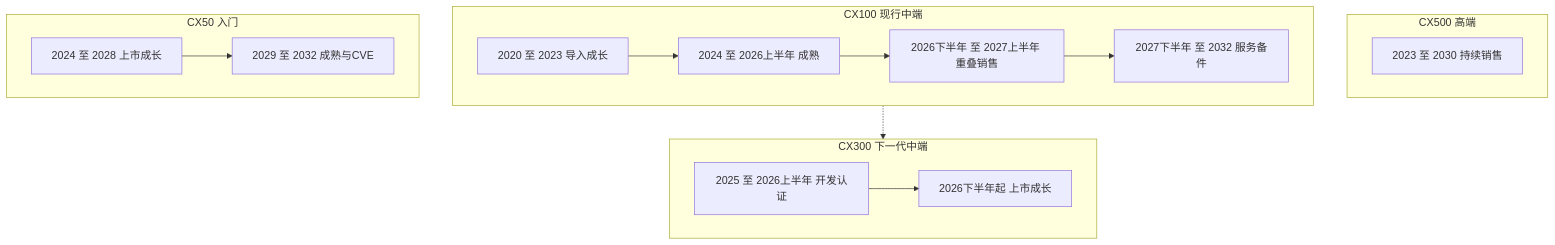
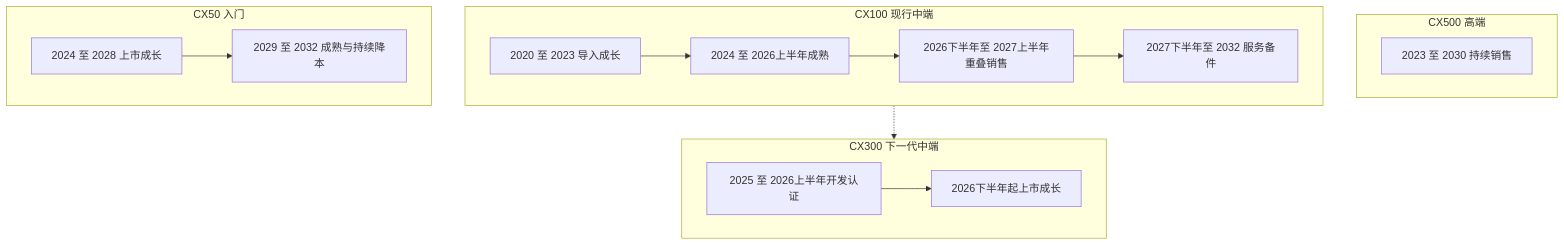
Diagram 14 of 29 in 产品管理/战略和产品管理.md (analyst2004lx/paper01), drawn with Mermaid before and after one commit. The commit also changed other lines of this file and 2 other files, not shown here.

````diff
--- a/产品管理/战略和产品管理.md
+++ b/产品管理/战略和产品管理.md
@@ -1474,22 +1479,22 @@
 ```mermaid
 flowchart TB
     subgraph S500["CX500 高端"]
         direction LR
         s500["2023 至 2030 持续销售"]
     end
     subgraph S300["CX300 下一代中端"]
         direction LR
-        s300a["2025 至 2026上半年 开发认证"] --> s300b["2026下半年起 上市成长"]
+        s300a["2025 至 2026上半年开发认证"] --> s300b["2026下半年起上市成长"]
     end
     subgraph S100["CX100 现行中端"]
         direction LR
-        s100a["2020 至 2023 导入成长"] --> s100b["2024 至 2026上半年 成熟"]
-        s100b --> s100c["2026下半年 至 2027上半年 重叠销售"]
-        s100c --> s100d["2027下半年 至 2032 服务备件"]
+        s100a["2020 至 2023 导入成长"] --> s100b["2024 至 2026上半年成熟"]
+        s100b --> s100c["2026下半年至 2027上半年重叠销售"]
+        s100c --> s100d["2027下半年至 2032 服务备件"]
     end
     subgraph S50["CX50 入门"]
         direction LR
-        s50a["2024 至 2028 上市成长"] --> s50b["2029 至 2032 成熟与CVE"]
+        s50a["2024 至 2028 上市成长"] --> s50b["2029 至 2032 成熟与持续降本"]
     end
     s100c -.-> s300b
 ```
````
